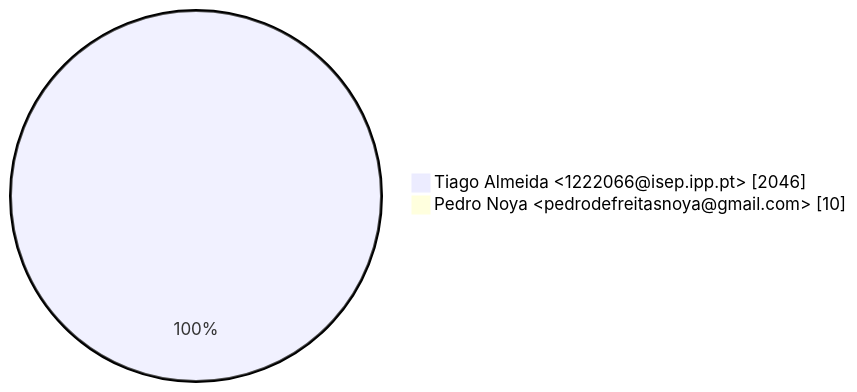
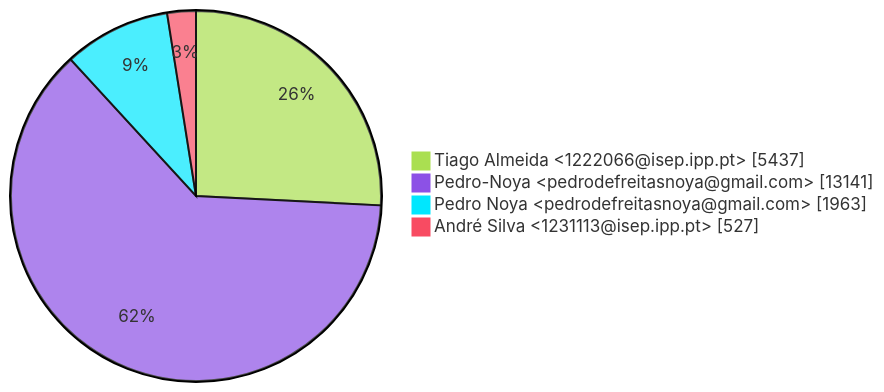
Before and after one commit to Pedro-Noya/LSIS1: the second of 3 diagrams in GitAnalysis/Sprint_2/Contributions.md, drawn with Mermaid. The commit also changed other lines of this file and 1 other file, not shown here.

````diff
--- a/GitAnalysis/Sprint_2/Contributions.md
+++ b/GitAnalysis/Sprint_2/Contributions.md
@@ -15,5 +20,8 @@
 ```mermaid
+%%{init: {'theme': 'base', 'themeVariables': { 'pie1': '#AADF51', 'pie2': '#8C51E6', 'pie3': '#00E7FE', 'pie4': '#F84B62', 'pie5': '#FFDE72', 'pie6': '#3060CF', 'pie7': '#59C9A5'}}}%%
 pie showData
-    " Tiago Almeida <1222066@isep.ipp.pt>" : 2046
-    " Pedro Noya <pedrodefreitasnoya@gmail.com>" : 10
+    " Tiago Almeida <1222066@isep.ipp.pt>" : 5437
+    " Pedro-Noya <pedrodefreitasnoya@gmail.com>" : 13141
+    " Pedro Noya <pedrodefreitasnoya@gmail.com>" : 1963
+    " André Silva <1231113@isep.ipp.pt>" : 527
 ```
````
